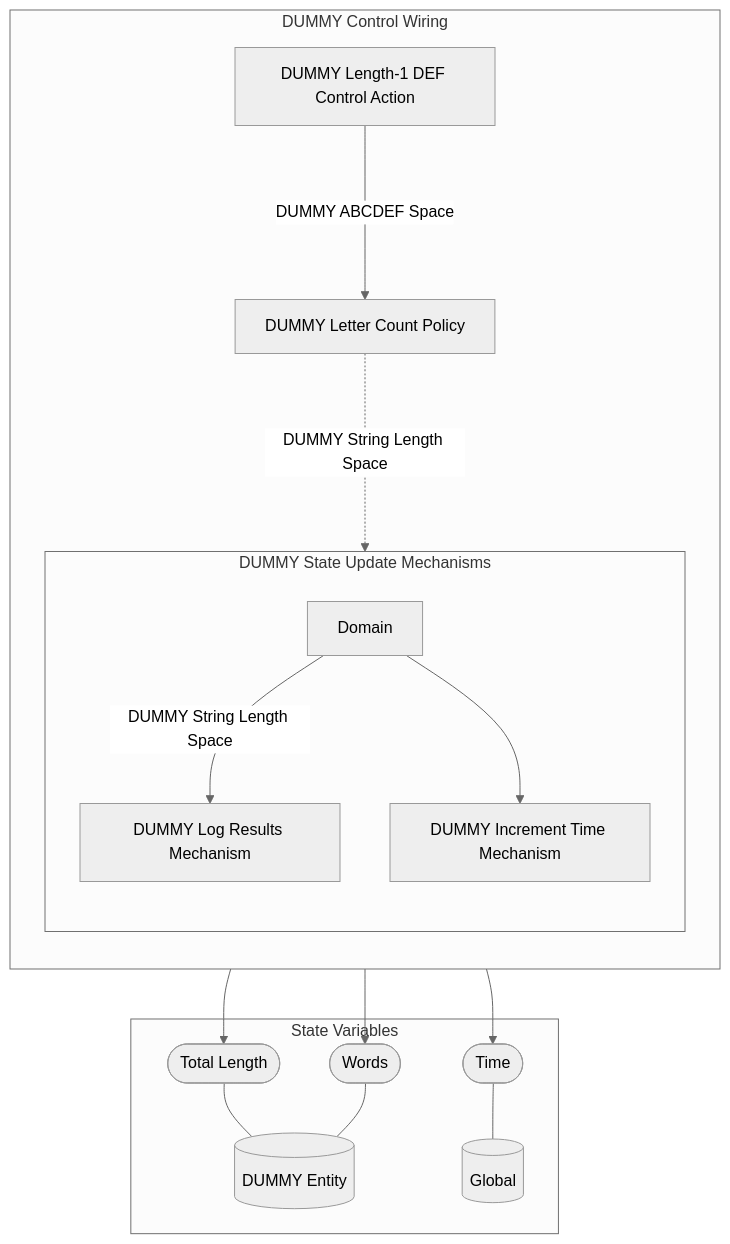
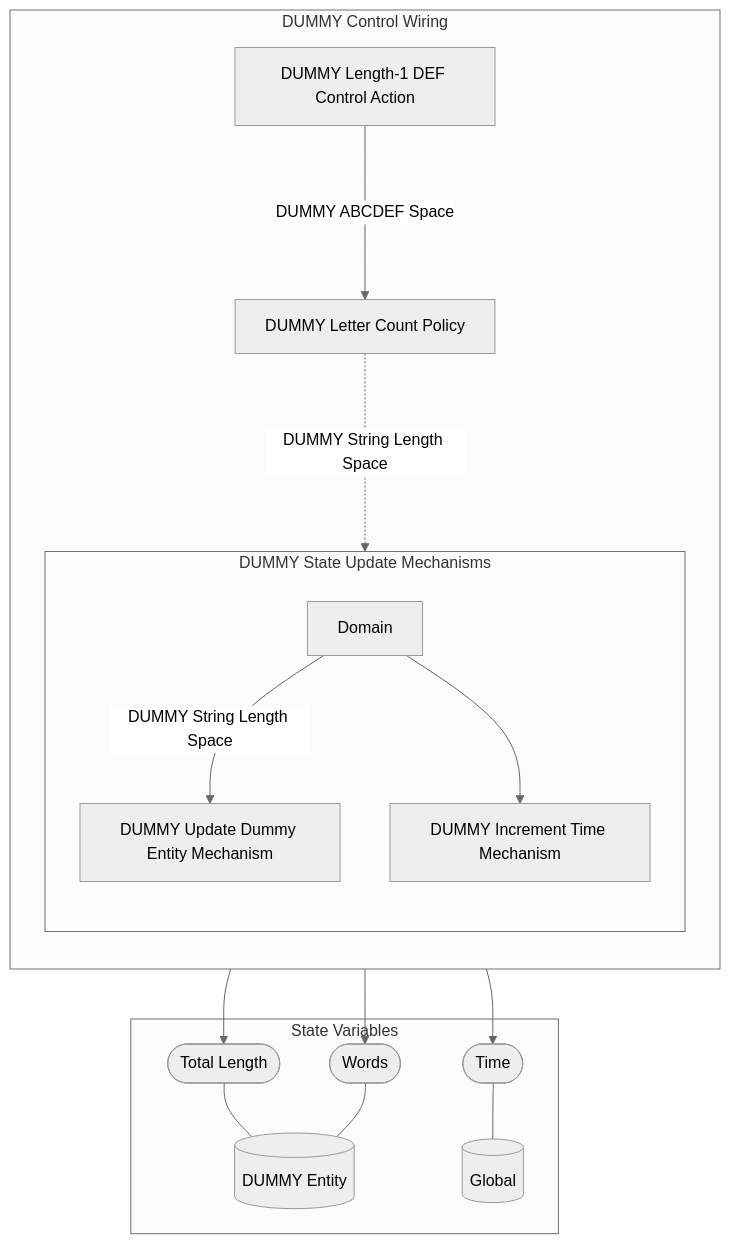
One commit to BlockScience/MSML-Template changed the diagram in reports/obsidian/Wiring/DUMMY Control Wiring.md. Above: the diagram before and after it, drawn with Mermaid (neutral theme). The commit also changed other lines of this file and 16 other files, not shown here.

````diff
--- a/reports/obsidian/Wiring/DUMMY Control Wiring.md
+++ b/reports/obsidian/Wiring/DUMMY Control Wiring.md
@@ -3,36 +3,36 @@
 ```mermaid
 graph TB
 
 subgraph SVS["State Variables"]
 EE0[("DUMMY Entity")]
 EE1[("Global")]
 EES0(["Total Length"])
 EES0 --- EE0
 EES1(["Words"])
 EES1 --- EE0
 EES2(["Time"])
 EES2 --- EE1
 end
 
 subgraph X8["DUMMY Control Wiring"]
 direction TB
 X1["DUMMY Length-1 DEF Control Action"]
 X2["DUMMY Letter Count Policy"]
 subgraph X7["DUMMY State Update Mechanisms"]
 direction TB
-X3["DUMMY Log Results Mechanism"]
+X3["DUMMY Update Dummy Entity Mechanism"]
 X3 --> EES1
 X3 --> EES0
 X4["DUMMY Increment Time Mechanism"]
 X4 --> EES2
 X5[Domain]
 
 direction LR
 direction TB
 X5 --"DUMMY String Length Space"--> X3
 X5 --> X4
 end
 X1--"DUMMY ABCDEF Space"--->X2
 X2-."DUMMY String Length Space"..->X7
 end
 ```
````
